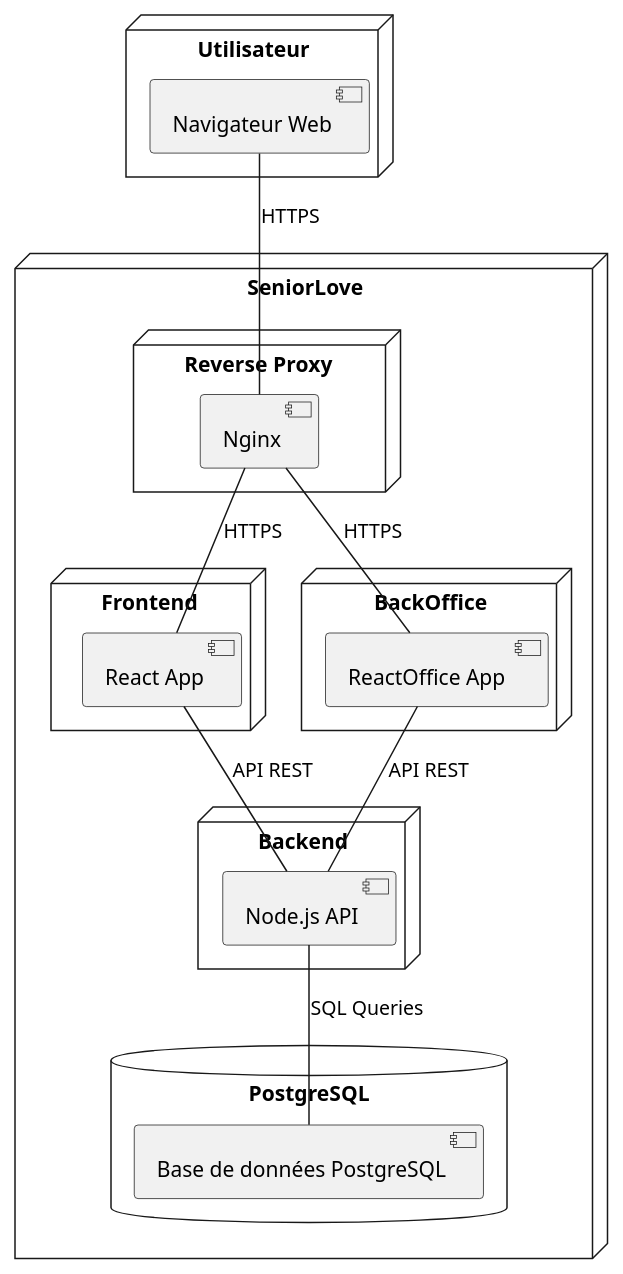
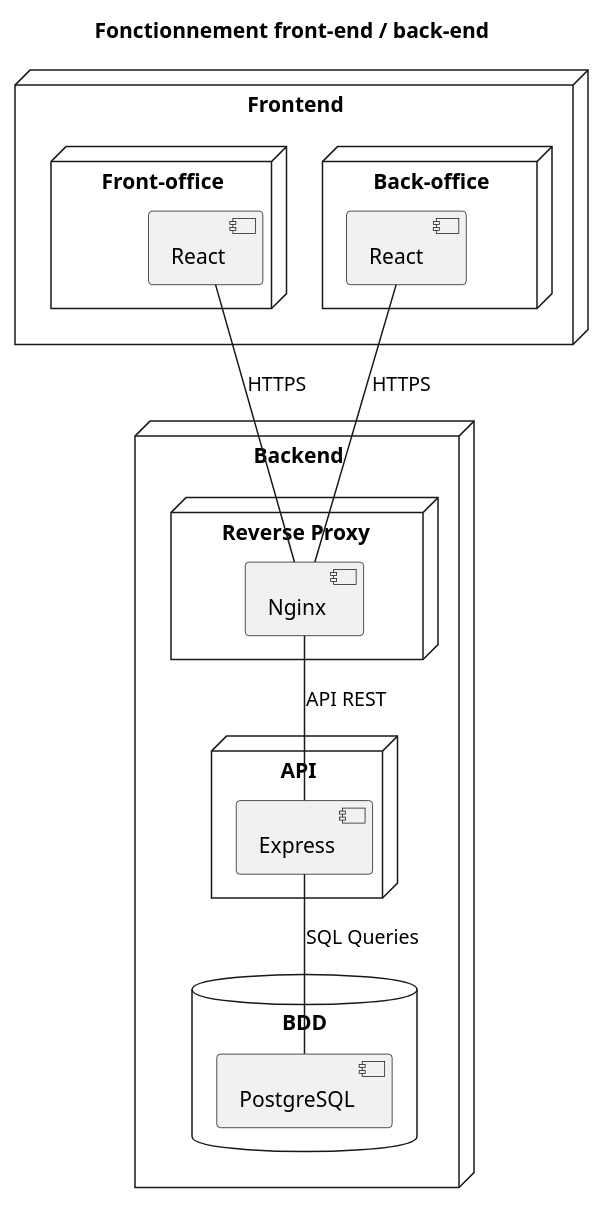
Before and after one commit to LunaireFlare/orizon: the second of 2 diagrams in conception/diagrams/architecture.puml, drawn with PlantUML. The commit also changed other lines of this file and 5 other files, not shown here.

Commit message:
docs : update architecture diagrams and specs

```diff
--- a/conception/diagrams/architecture.puml
+++ b/conception/diagrams/architecture.puml
@@ -1,38 +33,37 @@
-@startuml deployment
-node "Utilisateur" {
-  [Navigateur Web] 
+@startuml
+
+title Fonctionnement front-end / back-end
+
+node "Frontend"{
+
+node "Front-office" {
+  [React] 
 }
 
-node "SeniorLove"{
+node "Back-office" {
+  [React ] 
+}
+}
+
+node "Backend"{
 
 node "Reverse Proxy " {
   [Nginx]
 }
 
-node "Frontend " {
-  [React App]
+node "API" {
+  [Express]
 }
 
-node "BackOffice" {
-  [ReactOffice App ]
+database "BDD" {
+[PostgreSQL]
+}
+
+
+[React] -- [Nginx] : HTTPS
+[React ] -- [Nginx] : HTTPS
+[Nginx] -- [Express] : API REST
+[Express] -- [PostgreSQL]: SQL Queries 
 
 }
-
-node "Backend" {
-  [Node.js API]
-
-}
-
-database "PostgreSQL" {
-  [Base de données PostgreSQL]
-}
-
-[Navigateur Web] -- [Nginx] : HTTPS
-[Nginx] -- [ReactOffice App ] : HTTPS
-[Nginx] -- [React App] : HTTPS
-[React App] -- [Node.js API] : API REST
-[ReactOffice App ] -- [Node.js API] : API REST
-[Node.js API] -- [Base de données PostgreSQL] : SQL Queries
-}
-
 @enduml
```
